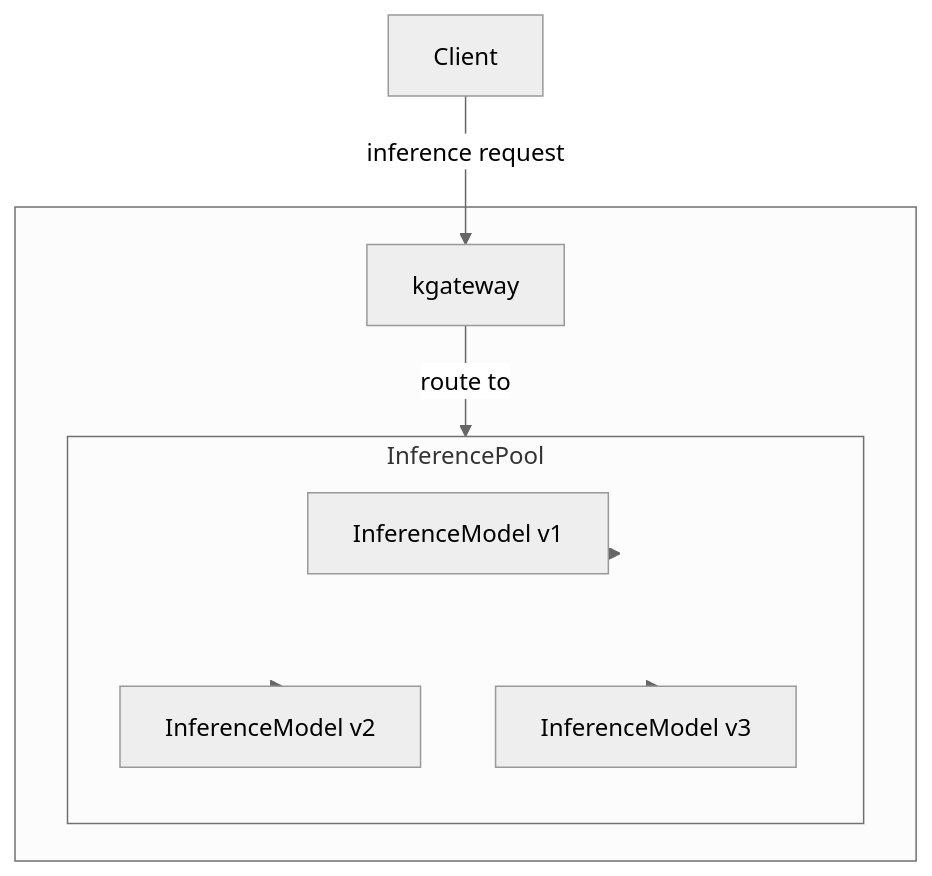
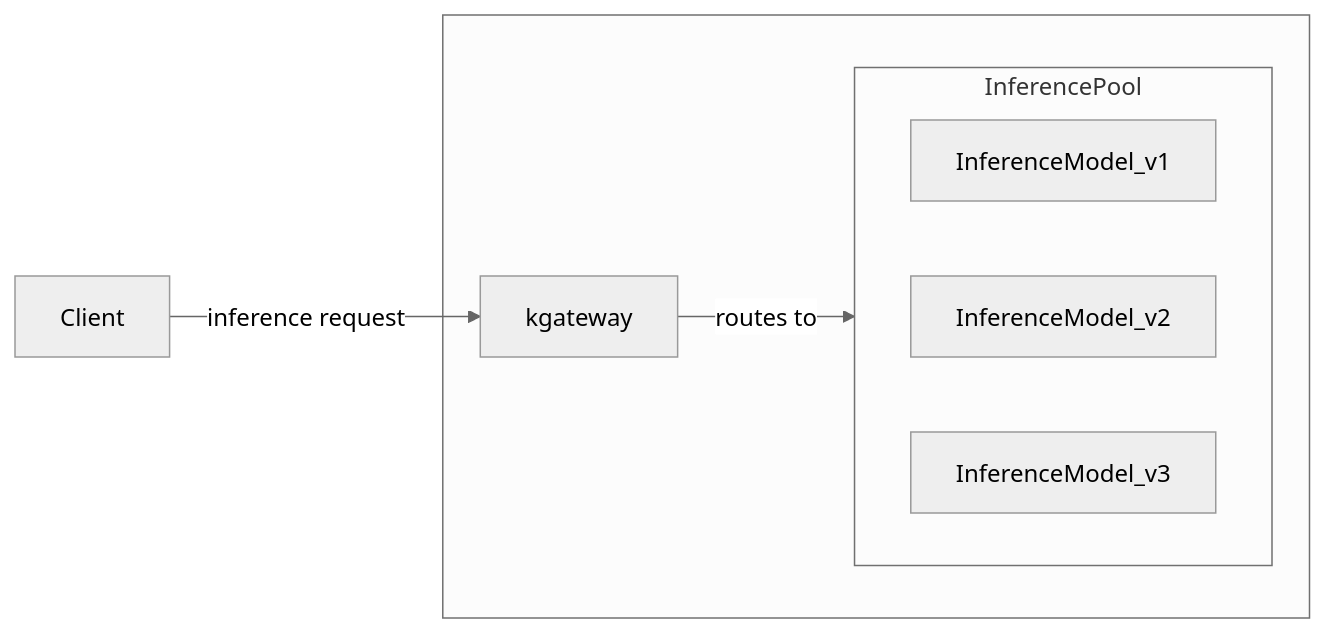
The diagram in assets/docs/snippets/inference-diagram.md (kgateway-dev/kgateway.dev), drawn with Mermaid (neutral theme) before and after one commit. The commit also changed 1 other file, not shown here.

Commit message:
Update inference graph
Slack: https://solo-io-corp.slack.com/archives/C08P050QFGF/p1759738406725189

````diff
--- a/assets/docs/snippets/inference-diagram.md
+++ b/assets/docs/snippets/inference-diagram.md
@@ -1,17 +1,14 @@
 ```mermaid
-graph TD
+graph LR
     Client -->|inference request| kgateway
-    kgateway -->|route to| InferencePool
-    InferencePool --> InferenceModel_v1["InferenceModel v1"]
-    InferencePool --> InferenceModel_v2["InferenceModel v2"]
-    InferencePool --> InferenceModel_v3["InferenceModel v3"]
+    kgateway -->|routes to| InferencePool
     subgraph  
         subgraph InferencePool
-            direction TB
+            direction LR
             InferenceModel_v1
             InferenceModel_v2
             InferenceModel_v3
         end
         kgateway
     end
 ```
````
